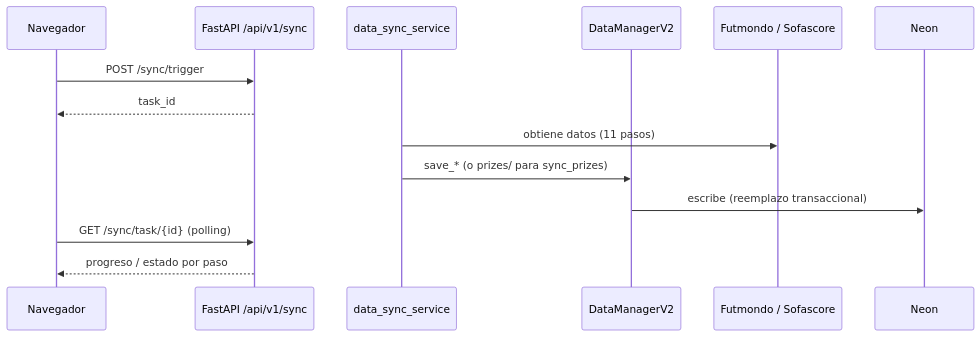
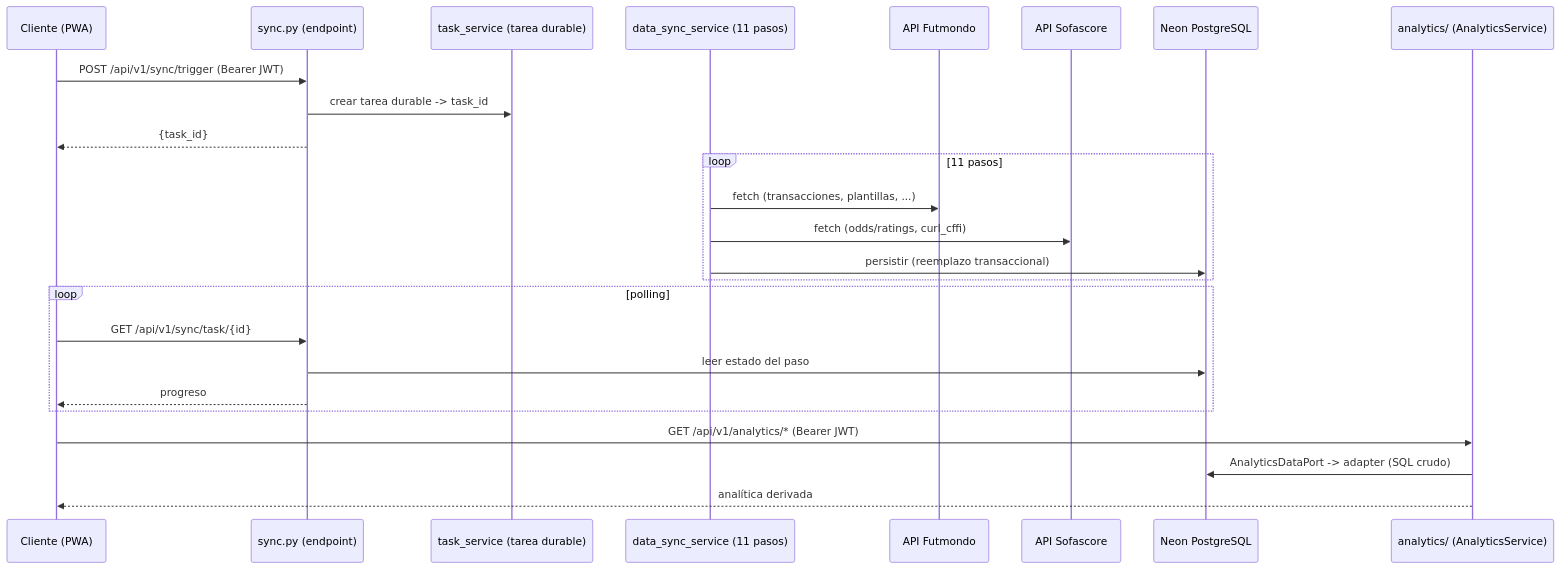
Before and after one commit to Mutinho/futmondo-analytics: the third of 3 diagrams in aidlc/spaces/default/codekb/futmondo-analytics/architecture.md, drawn with Mermaid. The commit also changed other lines of this file and 49 other files, not shown here.

````diff
--- a/aidlc/spaces/default/codekb/futmondo-analytics/architecture.md
+++ b/aidlc/spaces/default/codekb/futmondo-analytics/architecture.md
@@ -103,16 +114,27 @@
 ```mermaid
 sequenceDiagram
-  participant U as Navegador
-  participant API as FastAPI /api/v1/sync
-  participant Svc as data_sync_service
-  participant DM as DataManagerV2
-  participant Ext as Futmondo / Sofascore
-  participant DB as Neon
-  U->>API: POST /sync/trigger
-  API-->>U: task_id
-  Svc->>Ext: obtiene datos (11 pasos)
-  Svc->>DM: save_* (o prizes/ para sync_prizes)
-  DM->>DB: escribe (reemplazo transaccional)
-  U->>API: GET /sync/task/{id} (polling)
-  API-->>U: progreso / estado por paso
+  participant C as Cliente (PWA)
+  participant Sy as sync.py (endpoint)
+  participant T as task_service (tarea durable)
+  participant DS as data_sync_service (11 pasos)
+  participant FUT as API Futmondo
+  participant SOF as API Sofascore
+  participant DB as Neon PostgreSQL
+  participant An as analytics/ (AnalyticsService)
+  C->>Sy: POST /api/v1/sync/trigger (Bearer JWT)
+  Sy->>T: crear tarea durable -> task_id
+  Sy-->>C: {task_id}
+  loop 11 pasos
+    DS->>FUT: fetch (transacciones, plantillas, ...)
+    DS->>SOF: fetch (odds/ratings, curl_cffi)
+    DS->>DB: persistir (reemplazo transaccional)
+  end
+  loop polling
+    C->>Sy: GET /api/v1/sync/task/{id}
+    Sy->>DB: leer estado del paso
+    Sy-->>C: progreso
+  end
+  C->>An: GET /api/v1/analytics/* (Bearer JWT)
+  An->>DB: AnalyticsDataPort -> adapter (SQL crudo)
+  An-->>C: analítica derivada
 ```
````
